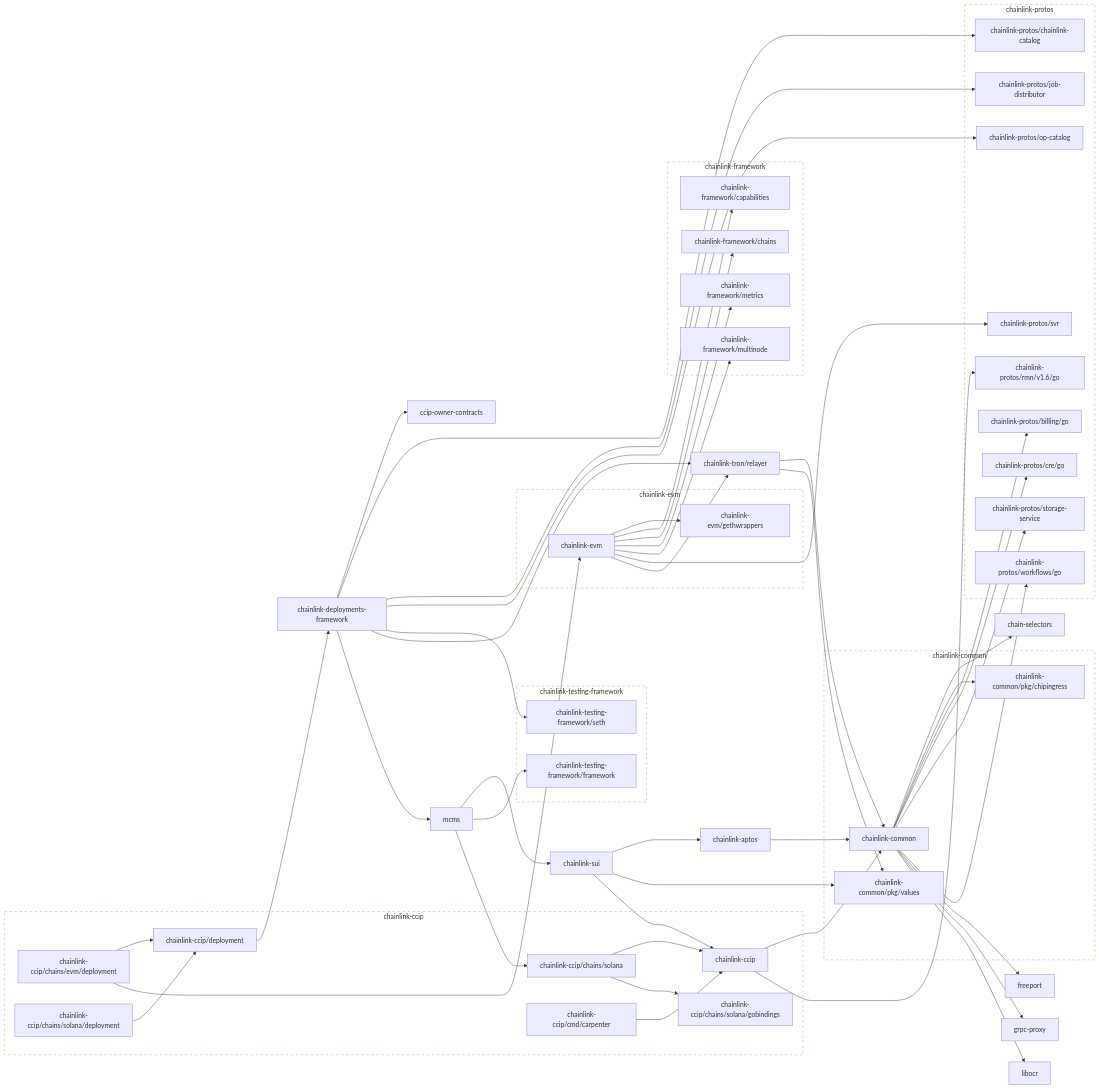
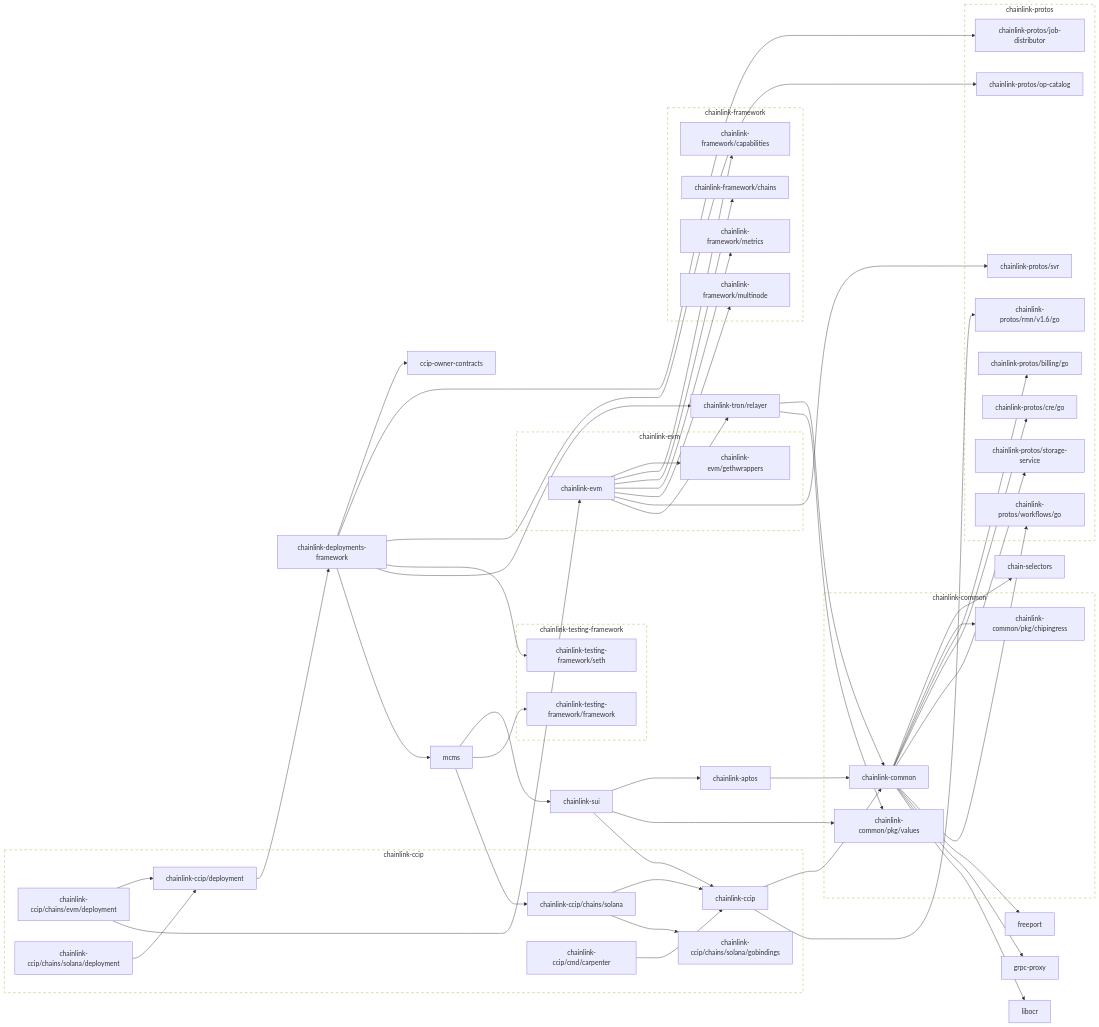
Before and after one commit to smartcontractkit/chainlink-ccip: the second of 2 diagrams in go.md, drawn with Mermaid. The commit also changed 34 other files, not shown here.

First line of the commit message:
EVM 1.6 sequence based connect chains (#1274)

```diff
--- a/go.md
+++ b/go.md
@@ -97,7 +97,6 @@
 	chainlink-common/pkg/values
 	click chainlink-common/pkg/values href "https://github.com/smartcontractkit/chainlink-common"
 	chainlink-deployments-framework --> ccip-owner-contracts
-	chainlink-deployments-framework --> chainlink-protos/chainlink-catalog
 	chainlink-deployments-framework --> chainlink-protos/job-distributor
 	chainlink-deployments-framework --> chainlink-protos/op-catalog
 	chainlink-deployments-framework --> chainlink-testing-framework/seth
@@ -124,8 +123,6 @@
 	click chainlink-framework/multinode href "https://github.com/smartcontractkit/chainlink-framework"
 	chainlink-protos/billing/go
 	click chainlink-protos/billing/go href "https://github.com/smartcontractkit/chainlink-protos"
-	chainlink-protos/chainlink-catalog
-	click chainlink-protos/chainlink-catalog href "https://github.com/smartcontractkit/chainlink-protos"
 	chainlink-protos/cre/go
 	click chainlink-protos/cre/go href "https://github.com/smartcontractkit/chainlink-protos"
 	chainlink-protos/job-distributor
@@ -196,7 +193,6 @@
 
 	subgraph chainlink-protos-repo[chainlink-protos]
 		 chainlink-protos/billing/go
-		 chainlink-protos/chainlink-catalog
 		 chainlink-protos/cre/go
 		 chainlink-protos/job-distributor
 		 chainlink-protos/op-catalog
```
